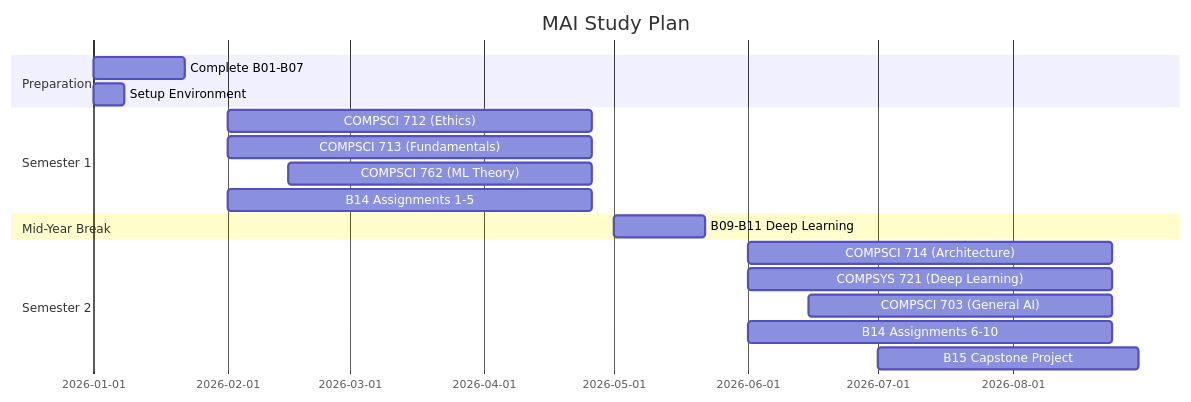
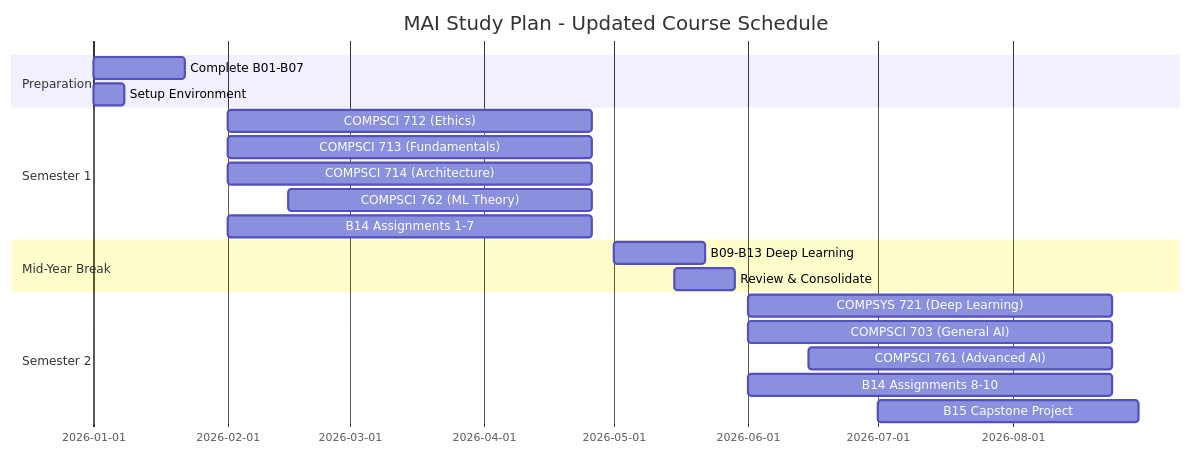
One commit to nexageapps/AI changed the sixth of 7 diagrams in MAI_STUDENT_GUIDE.md. Above: the diagram before and after it, drawn with Mermaid. The commit also changed other lines of this file, not shown here.

````diff
--- a/MAI_STUDENT_GUIDE.md
+++ b/MAI_STUDENT_GUIDE.md
@@ -525,24 +529,26 @@
 ```mermaid
 gantt
-    title MAI Study Plan
+    title MAI Study Plan - Updated Course Schedule
     dateFormat YYYY-MM-DD
     section Preparation
     Complete B01-B07           :prep1, 2026-01-01, 21d
     Setup Environment          :prep2, 2026-01-01, 7d
     
     section Semester 1
     COMPSCI 712 (Ethics)       :s1c1, 2026-02-01, 84d
     COMPSCI 713 (Fundamentals) :s1c2, 2026-02-01, 84d
-    COMPSCI 762 (ML Theory)    :s1c3, 2026-02-15, 70d
-    B14 Assignments 1-5        :s1p1, 2026-02-01, 84d
+    COMPSCI 714 (Architecture) :s1c3, 2026-02-01, 84d
+    COMPSCI 762 (ML Theory)    :s1c4, 2026-02-15, 70d
+    B14 Assignments 1-7        :s1p1, 2026-02-01, 84d
     
     section Mid-Year Break
-    B09-B11 Deep Learning      :break1, 2026-05-01, 21d
+    B09-B13 Deep Learning      :break1, 2026-05-01, 21d
+    Review & Consolidate       :break2, 2026-05-15, 14d
     
     section Semester 2
-    COMPSCI 714 (Architecture) :s2c1, 2026-06-01, 84d
-    COMPSYS 721 (Deep Learning):s2c2, 2026-06-01, 84d
-    COMPSCI 703 (General AI)   :s2c3, 2026-06-15, 70d
-    B14 Assignments 6-10       :s2p1, 2026-06-01, 84d
+    COMPSYS 721 (Deep Learning):s2c1, 2026-06-01, 84d
+    COMPSCI 703 (General AI)   :s2c2, 2026-06-01, 84d
+    COMPSCI 761 (Advanced AI)  :s2c3, 2026-06-15, 70d
+    B14 Assignments 8-10       :s2p1, 2026-06-01, 84d
     B15 Capstone Project       :s2p2, 2026-07-01, 60d
 ```
````
